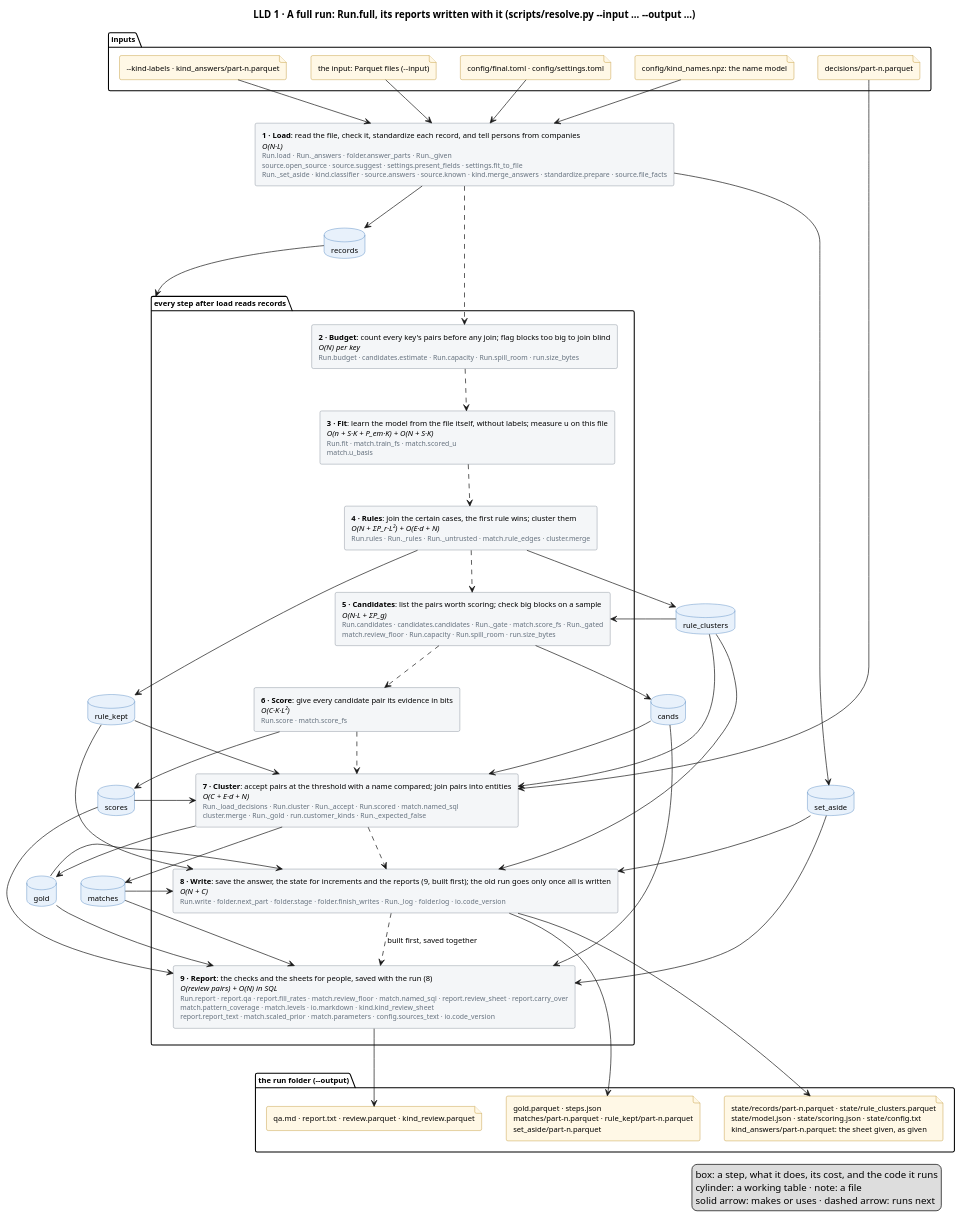
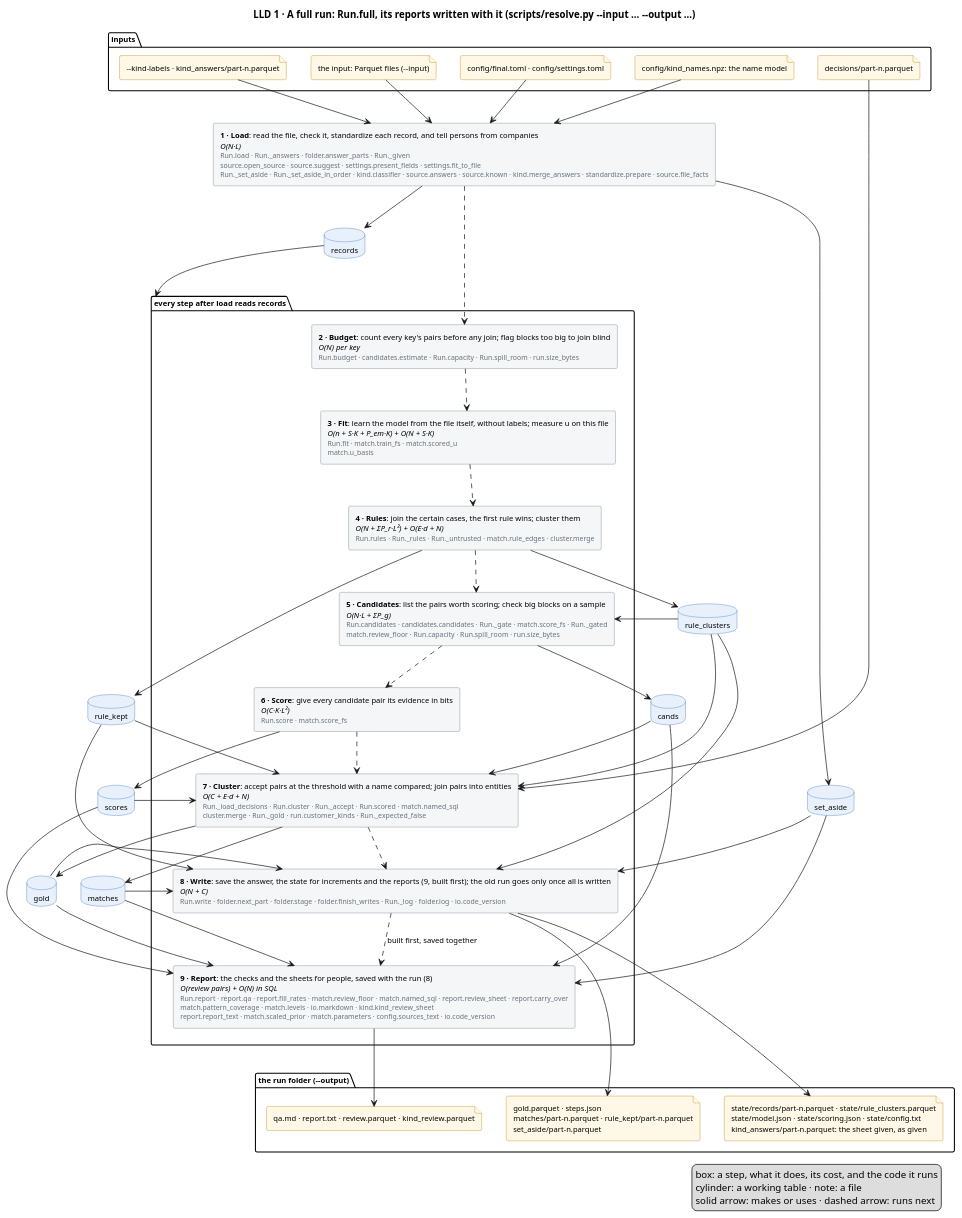
One commit to mvsbm/entity_matching changed the diagram in docs/diagrams/full-run.puml. Above: the diagram before and after it, drawn with PlantUML. The commit also changed 14 other files, not shown here.

```diff
--- a/docs/diagrams/full-run.puml
+++ b/docs/diagrams/full-run.puml
@@ -1,100 +1,100 @@
 @startuml full-run
 title LLD 1 · A full run: Run.full, its reports written with it (scripts/resolve.py ~--input … ~--output …)
 skinparam defaultFontSize 11
 skinparam rectangle {
   BackgroundColor #F4F6F8
   BorderColor #65717E
 }
 skinparam database {
   BackgroundColor #E8F1FB
   BorderColor #2C6DB3
 }
 skinparam file {
   BackgroundColor #FFF8E6
   BorderColor #B07D00
 }
 
 package "inputs" {
   file "the input: Parquet files (~--input)" as f_input
   file "config/final.toml · config/settings.toml" as f_config
   file "config/kind_names.npz: the name model" as f_names
   file "~--kind-labels · kind_answers/part-n.parquet" as f_answers
   file "decisions/part-n.parquet" as f_decisions
 }
 
 
-rectangle "<b>1 · Load</b>: read the file, check it, standardize each record, and tell persons from companies\n<i>O(N·L)</i>\n<size:10><color:#65717E>Run.load · Run._answers · folder.answer_parts · Run._given</color></size>\n<size:10><color:#65717E>source.open_source · source.suggest · settings.present_fields · settings.fit_to_file</color></size>\n<size:10><color:#65717E>Run._set_aside · kind.classifier · source.answers · source.known · kind.merge_answers · standardize.prepare · source.file_facts</color></size>" as load
+rectangle "<b>1 · Load</b>: read the file, check it, standardize each record, and tell persons from companies\n<i>O(N·L)</i>\n<size:10><color:#65717E>Run.load · Run._answers · folder.answer_parts · Run._given</color></size>\n<size:10><color:#65717E>source.open_source · source.suggest · settings.present_fields · settings.fit_to_file</color></size>\n<size:10><color:#65717E>Run._set_aside · Run._set_aside_in_order · kind.classifier · source.answers · source.known · kind.merge_answers · standardize.prepare · source.file_facts</color></size>" as load
 package "every step after load reads records" as after_load {
   rectangle "<b>2 · Budget</b>: count every key's pairs before any join; flag blocks too big to join blind\n<i>O(N) per key</i>\n<size:10><color:#65717E>Run.budget · candidates.estimate · Run.capacity · Run.spill_room · run.size_bytes</color></size>" as budget
   rectangle "<b>3 · Fit</b>: learn the model from the file itself, without labels; measure u on this file\n<i>O(n + S·K + P_em·K) + O(N + S·K)</i>\n<size:10><color:#65717E>Run.fit · match.train_fs · match.scored_u</color></size>\n<size:10><color:#65717E>match.u_basis</color></size>" as fit
   rectangle "<b>4 · Rules</b>: join the certain cases, the first rule wins; cluster them\n<i>O(N + ΣP_r·L²) + O(E·d + N)</i>\n<size:10><color:#65717E>Run.rules · Run._rules · Run._untrusted · match.rule_edges · cluster.merge</color></size>" as rules
   rectangle "<b>5 · Candidates</b>: list the pairs worth scoring; check big blocks on a sample\n<i>O(N·L + ΣP_g)</i>\n<size:10><color:#65717E>Run.candidates · candidates.candidates · Run._gate · match.score_fs · Run._gated</color></size>\n<size:10><color:#65717E>match.review_floor · Run.capacity · Run.spill_room · run.size_bytes</color></size>" as candidates
   rectangle "<b>6 · Score</b>: give every candidate pair its evidence in bits\n<i>O(C·K·L²)</i>\n<size:10><color:#65717E>Run.score · match.score_fs</color></size>" as score
   rectangle "<b>7 · Cluster</b>: accept pairs at the threshold with a name compared; join pairs into entities\n<i>O(C + E·d + N)</i>\n<size:10><color:#65717E>Run._load_decisions · Run.cluster · Run._accept · Run.scored · match.named_sql</color></size>\n<size:10><color:#65717E>cluster.merge · Run._gold · run.customer_kinds · Run._expected_false</color></size>" as cluster
   rectangle "<b>8 · Write</b>: save the answer, the state for increments and the reports (9, built first); the old run goes only once all is written\n<i>O(N + C)</i>\n<size:10><color:#65717E>Run.write · folder.next_part · folder.stage · folder.finish_writes · Run._log · folder.log · io.code_version</color></size>" as write
   rectangle "<b>9 · Report</b>: the checks and the sheets for people, saved with the run (8)\n<i>O(review pairs) + O(N) in SQL</i>\n<size:10><color:#65717E>Run.report · report.qa · report.fill_rates · match.review_floor · match.named_sql · report.review_sheet · report.carry_over</color></size>\n<size:10><color:#65717E>match.pattern_coverage · match.levels · io.markdown · kind.kind_review_sheet</color></size>\n<size:10><color:#65717E>report.report_text · match.scaled_prior · match.parameters · config.sources_text · io.code_version</color></size>" as report
 }
 database "records" as records
 database "set_aside" as set_aside
 database "rule_clusters" as rule_clusters
 database "rule_kept" as rule_kept
 database "cands" as cands
 database "scores" as scores
 database "matches" as matches
 database "gold" as gold
 
 package "the run folder (~--output)" {
   file "gold.parquet · steps.json\nmatches/part-n.parquet · rule_kept/part-n.parquet\nset_aside/part-n.parquet" as f_out
   file "state/records/part-n.parquet · state/rule_clusters.parquet\nstate/model.json · state/scoring.json · state/config.txt\nkind_answers/part-n.parquet: the sheet given, as given" as f_state
   file "qa.md · report.txt · review.parquet · kind_review.parquet" as f_people
 }
 
 f_input --> load
 f_config --> load
 f_names --> load
 f_answers --> load
 f_decisions --> cluster
 
 load ..> budget
 budget ..> fit
 fit ..> rules
 rules ..> candidates
 candidates ..> score
 score ..> cluster
 cluster ..> write
 write ..> report : built first, saved together
 
 load --> records
 load --> set_aside
 records --> after_load
 rules --> rule_clusters
 rules --> rule_kept
 rule_clusters --> candidates
 rule_clusters --> cluster
 rule_clusters --> write
 rule_kept --> cluster
 rule_kept --> write
 candidates --> cands
 cands --> cluster
 cands --> report
 score --> scores
 scores --> cluster
 scores --> report
 cluster --> matches
 cluster --> gold
 matches --> write
 matches --> report
 gold --> write
 gold --> report
 set_aside --> write
 set_aside --> report
 
 write --> f_out
 write --> f_state
 report --> f_people
 legend right
   box: a step, what it does, its cost, and the code it runs
   cylinder: a working table · note: a file
   solid arrow: makes or uses · dashed arrow: runs next
 endlegend
 @enduml
```
